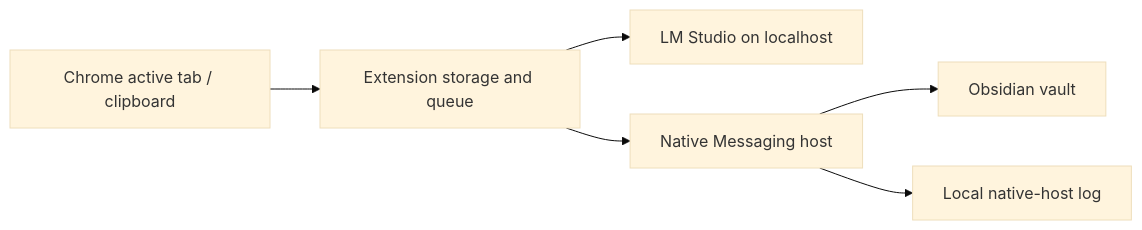
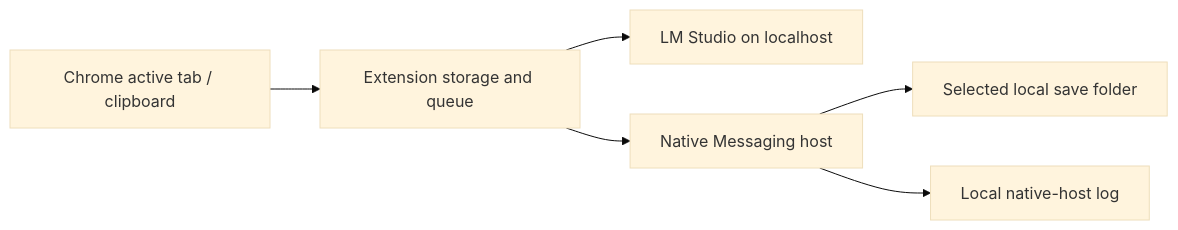
Before and after one commit to zrsobecka/Note-Taker: the third of 3 diagrams in WORKFLOW-DIAGRAM.md, drawn with Mermaid (base theme). The commit also changed other lines of this file and 21 other files, not shown here.

````diff
--- a/WORKFLOW-DIAGRAM.md
+++ b/WORKFLOW-DIAGRAM.md
@@ -32,8 +36,8 @@
 ```mermaid
 flowchart LR
     A["Chrome active tab / clipboard"] --> B["Extension storage and queue"]
     B --> C["LM Studio on localhost"]
     B --> D["Native Messaging host"]
-    D --> E["Obsidian vault"]
+    D --> E["Selected local save folder"]
     D --> F["Local native-host log"]
 ```
````
